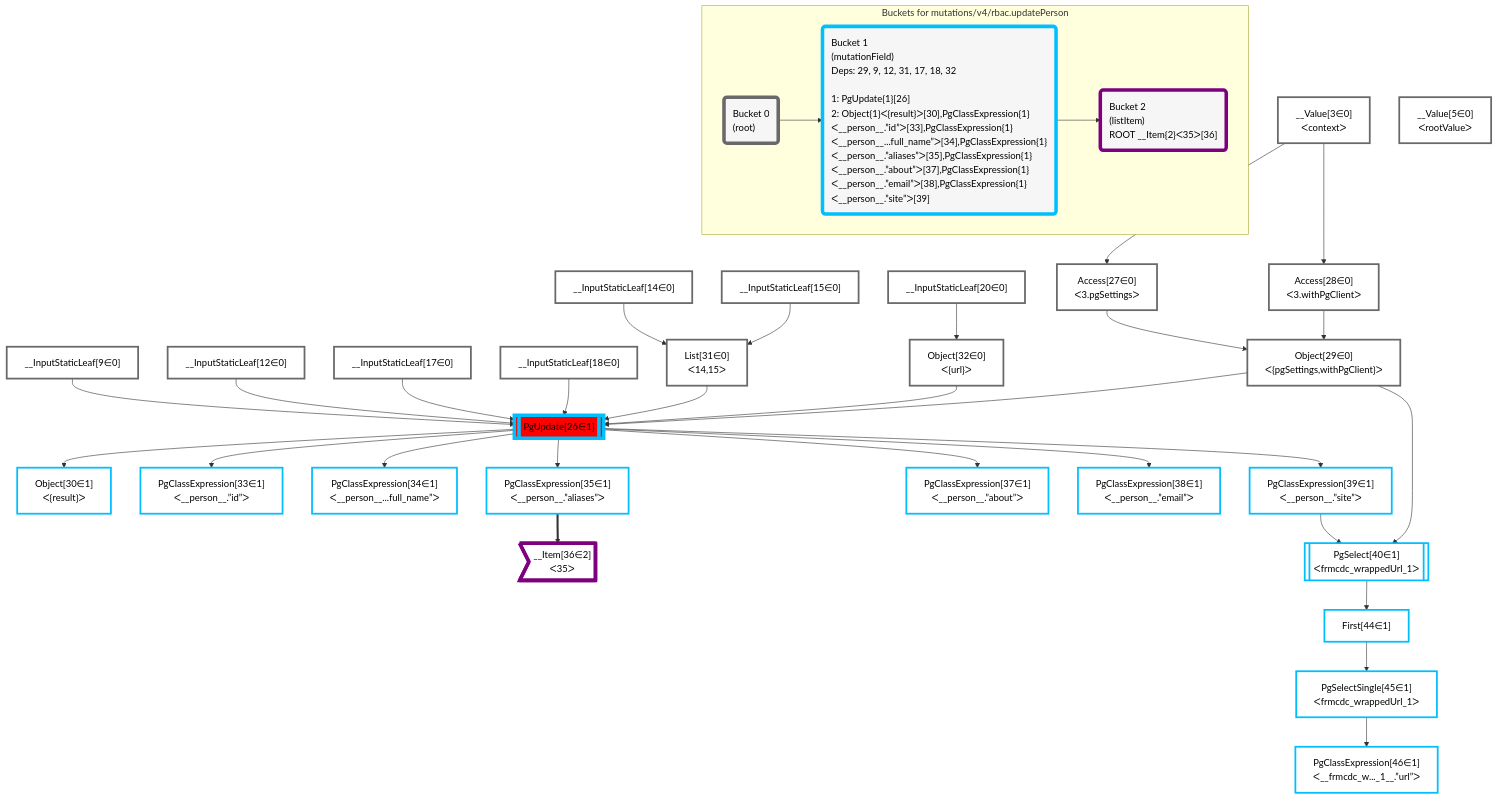
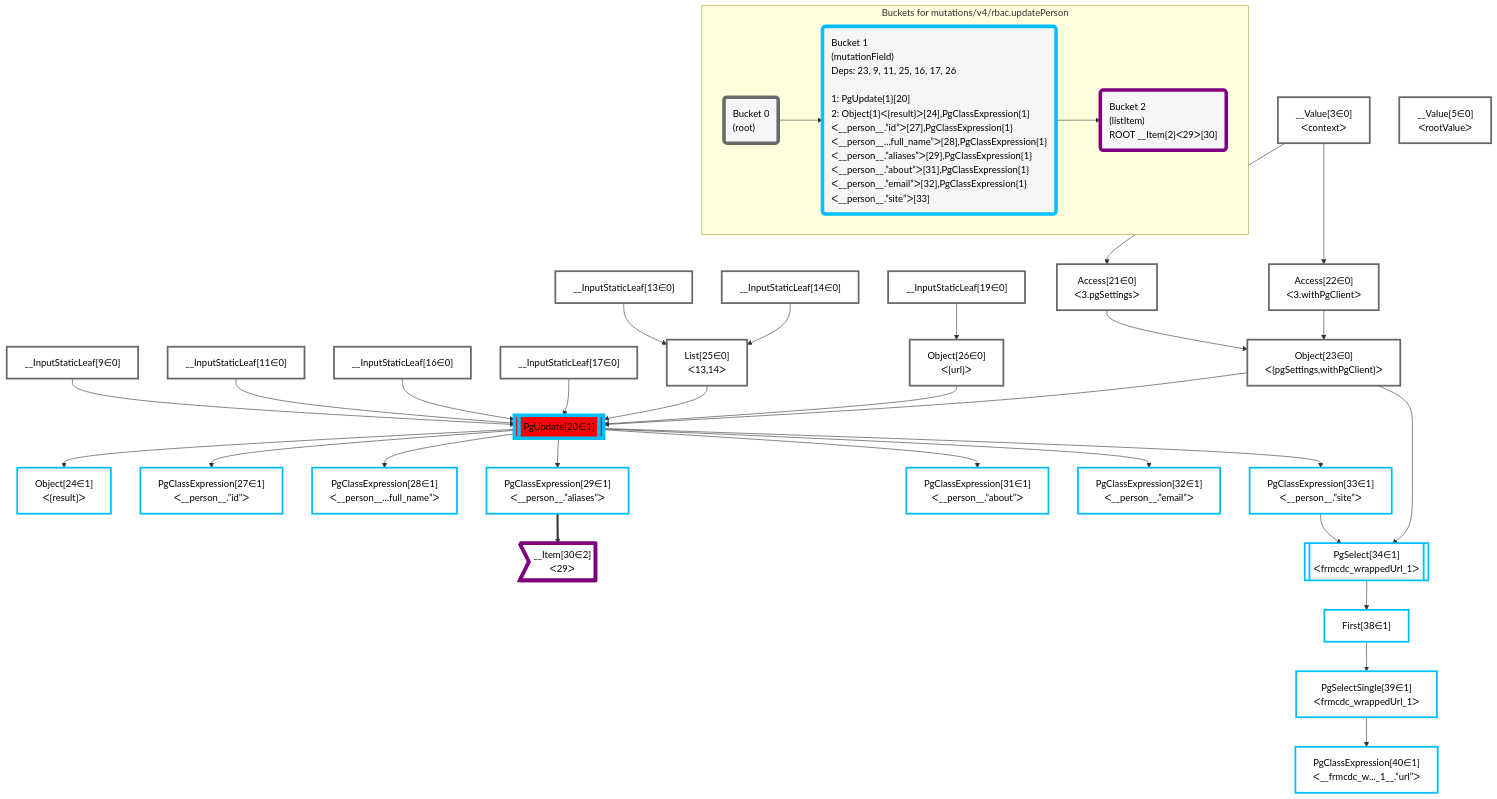
One commit to graphile/crystal changed the diagram in packages/postgraphile/__tests__/mutations/v4/rbac.updatePerson.mermaid. Above: the diagram before and after it, drawn with Mermaid. The commit also changed 4 other files, not shown here.

Commit message:
Update mermaid plans

```diff
--- a/packages/postgraphile/__tests__/mutations/v4/rbac.updatePerson.mermaid
+++ b/packages/postgraphile/__tests__/mutations/v4/rbac.updatePerson.mermaid
@@ -1,70 +1,70 @@
 graph TD
     classDef path fill:#eee,stroke:#000,color:#000
     classDef plan fill:#fff,stroke-width:3px,color:#000
     classDef itemplan fill:#fff,stroke-width:6px,color:#000
     classDef sideeffectplan fill:#f00,stroke-width:6px,color:#000
     classDef bucket fill:#f6f6f6,color:#000,stroke-width:6px,text-align:left
 
 
     %% define steps
     __Value3["__Value[3∈0]<br />ᐸcontextᐳ"]:::plan
     __Value5["__Value[5∈0]<br />ᐸrootValueᐳ"]:::plan
     __InputStaticLeaf9["__InputStaticLeaf[9∈0]"]:::plan
-    __InputStaticLeaf12["__InputStaticLeaf[12∈0]"]:::plan
+    __InputStaticLeaf11["__InputStaticLeaf[11∈0]"]:::plan
+    __InputStaticLeaf13["__InputStaticLeaf[13∈0]"]:::plan
     __InputStaticLeaf14["__InputStaticLeaf[14∈0]"]:::plan
-    __InputStaticLeaf15["__InputStaticLeaf[15∈0]"]:::plan
+    __InputStaticLeaf16["__InputStaticLeaf[16∈0]"]:::plan
     __InputStaticLeaf17["__InputStaticLeaf[17∈0]"]:::plan
-    __InputStaticLeaf18["__InputStaticLeaf[18∈0]"]:::plan
-    __InputStaticLeaf20["__InputStaticLeaf[20∈0]"]:::plan
-    Access27["Access[27∈0]<br />ᐸ3.pgSettingsᐳ"]:::plan
-    Access28["Access[28∈0]<br />ᐸ3.withPgClientᐳ"]:::plan
-    Object29["Object[29∈0]<br />ᐸ{pgSettings,withPgClient}ᐳ"]:::plan
-    List31["List[31∈0]<br />ᐸ14,15ᐳ"]:::plan
-    Object32["Object[32∈0]<br />ᐸ{url}ᐳ"]:::plan
-    PgUpdate26[["PgUpdate[26∈1]"]]:::sideeffectplan
-    Object30["Object[30∈1]<br />ᐸ{result}ᐳ"]:::plan
-    PgClassExpression33["PgClassExpression[33∈1]<br />ᐸ__person__.”id”ᐳ"]:::plan
-    PgClassExpression34["PgClassExpression[34∈1]<br />ᐸ__person__...full_name”ᐳ"]:::plan
-    PgClassExpression35["PgClassExpression[35∈1]<br />ᐸ__person__.”aliases”ᐳ"]:::plan
-    __Item36>"__Item[36∈2]<br />ᐸ35ᐳ"]:::itemplan
-    PgClassExpression37["PgClassExpression[37∈1]<br />ᐸ__person__.”about”ᐳ"]:::plan
-    PgClassExpression38["PgClassExpression[38∈1]<br />ᐸ__person__.”email”ᐳ"]:::plan
-    PgClassExpression39["PgClassExpression[39∈1]<br />ᐸ__person__.”site”ᐳ"]:::plan
-    PgSelect40[["PgSelect[40∈1]<br />ᐸfrmcdc_wrappedUrl_1ᐳ"]]:::plan
-    First44["First[44∈1]"]:::plan
-    PgSelectSingle45["PgSelectSingle[45∈1]<br />ᐸfrmcdc_wrappedUrl_1ᐳ"]:::plan
-    PgClassExpression46["PgClassExpression[46∈1]<br />ᐸ__frmcdc_w..._1__.”url”ᐳ"]:::plan
+    __InputStaticLeaf19["__InputStaticLeaf[19∈0]"]:::plan
+    Access21["Access[21∈0]<br />ᐸ3.pgSettingsᐳ"]:::plan
+    Access22["Access[22∈0]<br />ᐸ3.withPgClientᐳ"]:::plan
+    Object23["Object[23∈0]<br />ᐸ{pgSettings,withPgClient}ᐳ"]:::plan
+    List25["List[25∈0]<br />ᐸ13,14ᐳ"]:::plan
+    Object26["Object[26∈0]<br />ᐸ{url}ᐳ"]:::plan
+    PgUpdate20[["PgUpdate[20∈1]"]]:::sideeffectplan
+    Object24["Object[24∈1]<br />ᐸ{result}ᐳ"]:::plan
+    PgClassExpression27["PgClassExpression[27∈1]<br />ᐸ__person__.”id”ᐳ"]:::plan
+    PgClassExpression28["PgClassExpression[28∈1]<br />ᐸ__person__...full_name”ᐳ"]:::plan
+    PgClassExpression29["PgClassExpression[29∈1]<br />ᐸ__person__.”aliases”ᐳ"]:::plan
+    __Item30>"__Item[30∈2]<br />ᐸ29ᐳ"]:::itemplan
+    PgClassExpression31["PgClassExpression[31∈1]<br />ᐸ__person__.”about”ᐳ"]:::plan
+    PgClassExpression32["PgClassExpression[32∈1]<br />ᐸ__person__.”email”ᐳ"]:::plan
+    PgClassExpression33["PgClassExpression[33∈1]<br />ᐸ__person__.”site”ᐳ"]:::plan
+    PgSelect34[["PgSelect[34∈1]<br />ᐸfrmcdc_wrappedUrl_1ᐳ"]]:::plan
+    First38["First[38∈1]"]:::plan
+    PgSelectSingle39["PgSelectSingle[39∈1]<br />ᐸfrmcdc_wrappedUrl_1ᐳ"]:::plan
+    PgClassExpression40["PgClassExpression[40∈1]<br />ᐸ__frmcdc_w..._1__.”url”ᐳ"]:::plan
 
     %% plan dependencies
-    __Value3 --> Access27
-    __Value3 --> Access28
-    Access27 & Access28 --> Object29
-    __InputStaticLeaf14 & __InputStaticLeaf15 --> List31
-    __InputStaticLeaf20 --> Object32
-    Object29 & __InputStaticLeaf9 & __InputStaticLeaf12 & List31 & __InputStaticLeaf17 & __InputStaticLeaf18 & Object32 --> PgUpdate26
-    PgUpdate26 --> Object30
-    PgUpdate26 --> PgClassExpression33
-    PgUpdate26 --> PgClassExpression34
-    PgUpdate26 --> PgClassExpression35
-    PgClassExpression35 ==> __Item36
-    PgUpdate26 --> PgClassExpression37
-    PgUpdate26 --> PgClassExpression38
-    PgUpdate26 --> PgClassExpression39
-    Object29 & PgClassExpression39 --> PgSelect40
-    PgSelect40 --> First44
-    First44 --> PgSelectSingle45
-    PgSelectSingle45 --> PgClassExpression46
+    __Value3 --> Access21
+    __Value3 --> Access22
+    Access21 & Access22 --> Object23
+    __InputStaticLeaf13 & __InputStaticLeaf14 --> List25
+    __InputStaticLeaf19 --> Object26
+    Object23 & __InputStaticLeaf9 & __InputStaticLeaf11 & List25 & __InputStaticLeaf16 & __InputStaticLeaf17 & Object26 --> PgUpdate20
+    PgUpdate20 --> Object24
+    PgUpdate20 --> PgClassExpression27
+    PgUpdate20 --> PgClassExpression28
+    PgUpdate20 --> PgClassExpression29
+    PgClassExpression29 ==> __Item30
+    PgUpdate20 --> PgClassExpression31
+    PgUpdate20 --> PgClassExpression32
+    PgUpdate20 --> PgClassExpression33
+    Object23 & PgClassExpression33 --> PgSelect34
+    PgSelect34 --> First38
+    First38 --> PgSelectSingle39
+    PgSelectSingle39 --> PgClassExpression40
 
     subgraph "Buckets for mutations/v4/rbac.updatePerson"
     Bucket0("Bucket 0<br />(root)"):::bucket
     classDef bucket0 stroke:#696969
-    class Bucket0,__Value3,__Value5,__InputStaticLeaf9,__InputStaticLeaf12,__InputStaticLeaf14,__InputStaticLeaf15,__InputStaticLeaf17,__InputStaticLeaf18,__InputStaticLeaf20,Access27,Access28,Object29,List31,Object32 bucket0
-    Bucket1("Bucket 1<br />(mutationField)<br />Deps: 29, 9, 12, 31, 17, 18, 32<br /><br />1: PgUpdate{1}[26]<br />2: Object{1}ᐸ{result}ᐳ[30],PgClassExpression{1}ᐸ__person__.”id”ᐳ[33],PgClassExpression{1}ᐸ__person__...full_name”ᐳ[34],PgClassExpression{1}ᐸ__person__.”aliases”ᐳ[35],PgClassExpression{1}ᐸ__person__.”about”ᐳ[37],PgClassExpression{1}ᐸ__person__.”email”ᐳ[38],PgClassExpression{1}ᐸ__person__.”site”ᐳ[39]"):::bucket
+    class Bucket0,__Value3,__Value5,__InputStaticLeaf9,__InputStaticLeaf11,__InputStaticLeaf13,__InputStaticLeaf14,__InputStaticLeaf16,__InputStaticLeaf17,__InputStaticLeaf19,Access21,Access22,Object23,List25,Object26 bucket0
+    Bucket1("Bucket 1<br />(mutationField)<br />Deps: 23, 9, 11, 25, 16, 17, 26<br /><br />1: PgUpdate{1}[20]<br />2: Object{1}ᐸ{result}ᐳ[24],PgClassExpression{1}ᐸ__person__.”id”ᐳ[27],PgClassExpression{1}ᐸ__person__...full_name”ᐳ[28],PgClassExpression{1}ᐸ__person__.”aliases”ᐳ[29],PgClassExpression{1}ᐸ__person__.”about”ᐳ[31],PgClassExpression{1}ᐸ__person__.”email”ᐳ[32],PgClassExpression{1}ᐸ__person__.”site”ᐳ[33]"):::bucket
     classDef bucket1 stroke:#00bfff
-    class Bucket1,PgUpdate26,Object30,PgClassExpression33,PgClassExpression34,PgClassExpression35,PgClassExpression37,PgClassExpression38,PgClassExpression39,PgSelect40,First44,PgSelectSingle45,PgClassExpression46 bucket1
-    Bucket2("Bucket 2<br />(listItem)<br />ROOT __Item{2}ᐸ35ᐳ[36]"):::bucket
+    class Bucket1,PgUpdate20,Object24,PgClassExpression27,PgClassExpression28,PgClassExpression29,PgClassExpression31,PgClassExpression32,PgClassExpression33,PgSelect34,First38,PgSelectSingle39,PgClassExpression40 bucket1
+    Bucket2("Bucket 2<br />(listItem)<br />ROOT __Item{2}ᐸ29ᐳ[30]"):::bucket
     classDef bucket2 stroke:#7f007f
-    class Bucket2,__Item36 bucket2
+    class Bucket2,__Item30 bucket2
     Bucket0 --> Bucket1
     Bucket1 --> Bucket2
     end
```
